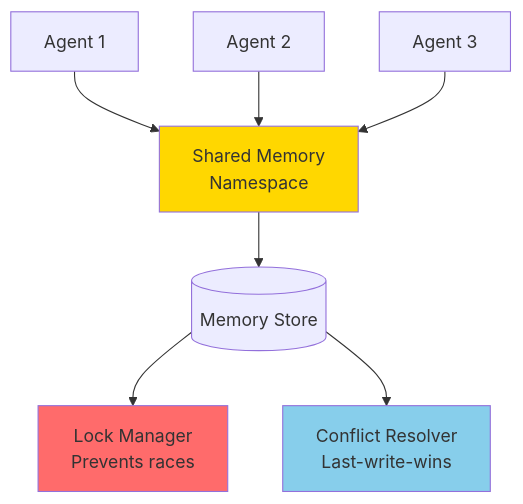
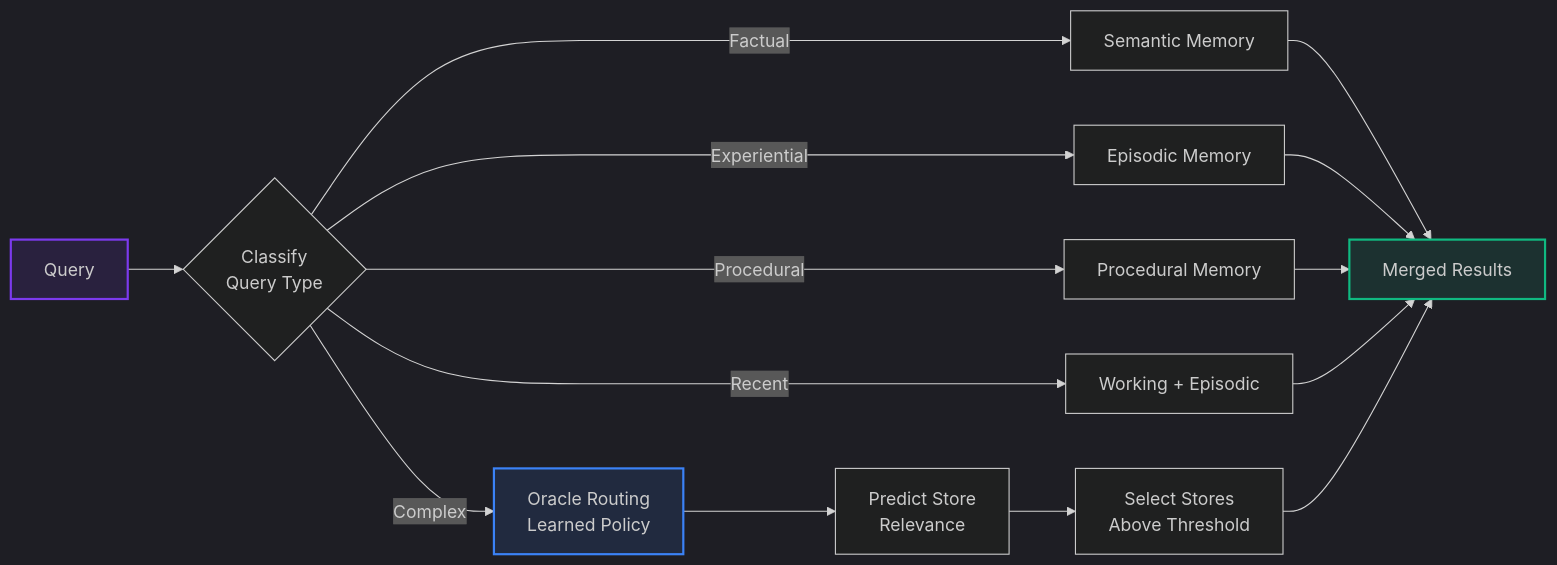
One commit to ndqkhanh/lyra changed diagram 15 of 22 in lyra-upgrade/00-architecture/memory-architecture.md. Above: the diagram before and after it, drawn with Mermaid. The commit also changed other lines of this file and 593 other files, not shown here.

````diff
--- a/lyra-upgrade/00-architecture/memory-architecture.md
+++ b/lyra-upgrade/00-architecture/memory-architecture.md
@@ -564,15 +489,24 @@
 ```mermaid
-graph TB
-    A1[Agent 1] --> SM[Shared Memory<br/>Namespace]
-    A2[Agent 2] --> SM
-    A3[Agent 3] --> SM
+%%{init: {'theme': 'dark'}}%%
+flowchart LR
+    Query[Query] --> Classify{Classify<br/>Query Type}
     
-    SM --> Store[(Memory Store)]
+    Classify -->|Factual| SM[Semantic Memory]
+    Classify -->|Experiential| EP[Episodic Memory]
+    Classify -->|Procedural| PM[Procedural Memory]
+    Classify -->|Recent| Multi[Working + Episodic]
+    Classify -->|Complex| Oracle[Oracle Routing<br/>Learned Policy]
     
-    Store --> Lock[Lock Manager<br/>Prevents races]
-    Store --> Conflict[Conflict Resolver<br/>Last-write-wins]
+    Oracle --> Predict[Predict Store<br/>Relevance]
+    Predict --> Select[Select Stores<br/>Above Threshold]
     
-    style SM fill:#FFD700
-    style Lock fill:#FF6B6B
-    style Conflict fill:#87CEEB
+    SM --> Results[Merged Results]
+    EP --> Results
+    PM --> Results
+    Multi --> Results
+    Select --> Results
+    
+    style Query fill:#7c3aed20,stroke:#7c3aed,stroke-width:2px
+    style Oracle fill:#3b82f620,stroke:#3b82f6,stroke-width:2px
+    style Results fill:#10b98120,stroke:#10b981,stroke-width:2px
 ```
````
